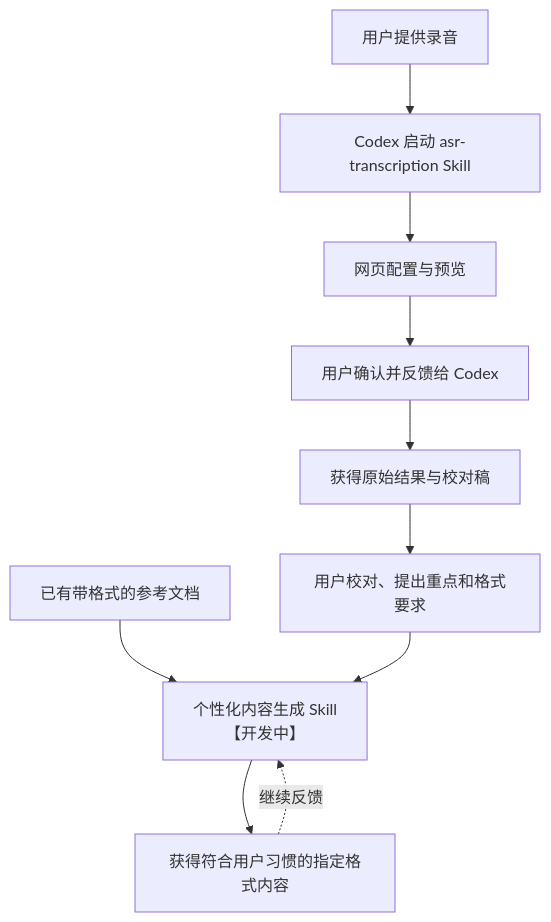
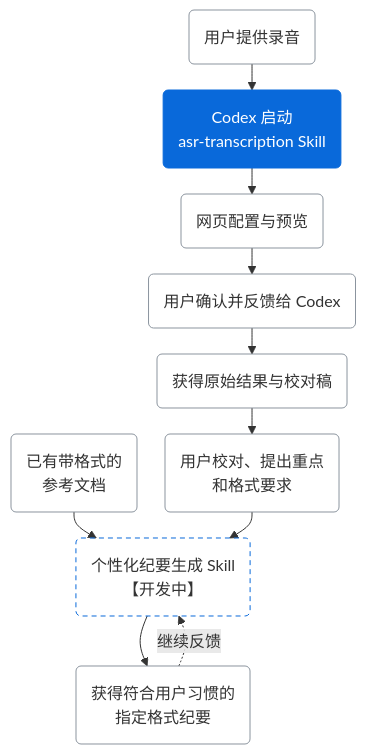
One commit to hx101700/memoflow changed the diagram in README.md. Above: the diagram before and after it, drawn with Mermaid. The commit also changed other lines of this file and 66 other files, not shown here.

Commit message:
docs: unify terminology and refine README diagrams

````diff
--- a/README.md
+++ b/README.md
@@ -34,12 +32,25 @@
 ```mermaid
+---
+config:
+  flowchart:
+    curve: basis
+    nodeSpacing: 28
+    rankSpacing: 26
+---
 flowchart TD
-    A["用户提供录音"] --> B["Codex 启动 asr-transcription Skill"]
-    B --> C["网页配置与预览"]
-    C --> D["用户确认并反馈给 Codex"]
-    D --> E["获得原始结果与校对稿"]
-    E --> F["用户校对、提出重点和格式要求"]
-    G["已有带格式的参考文档"] --> H["个性化内容生成 Skill<br/>【开发中】"]
+    A("用户提供录音") --> B("Codex 启动<br/>asr-transcription Skill")
+    B --> C("网页配置与预览")
+    C --> D("用户确认并反馈给 Codex")
+    D --> E("获得原始结果与校对稿")
+    E --> F("用户校对、提出重点<br/>和格式要求")
+    G("已有带格式的<br/>参考文档") --> H("个性化纪要生成 Skill<br/>【开发中】")
     F --> H
-    H --> I["获得符合用户习惯的指定格式内容"]
+    H --> I("获得符合用户习惯的<br/>指定格式纪要")
     I -. "继续反馈" .-> H
+
+    classDef default fill:transparent,stroke:#8b949e,stroke-width:1px,filter:none;
+    classDef active fill:#0969da,stroke:#0969da,color:#ffffff;
+    classDef planned stroke:#0969da,stroke-dasharray:5 4;
+    class B active;
+    class H planned;
 ```
````
